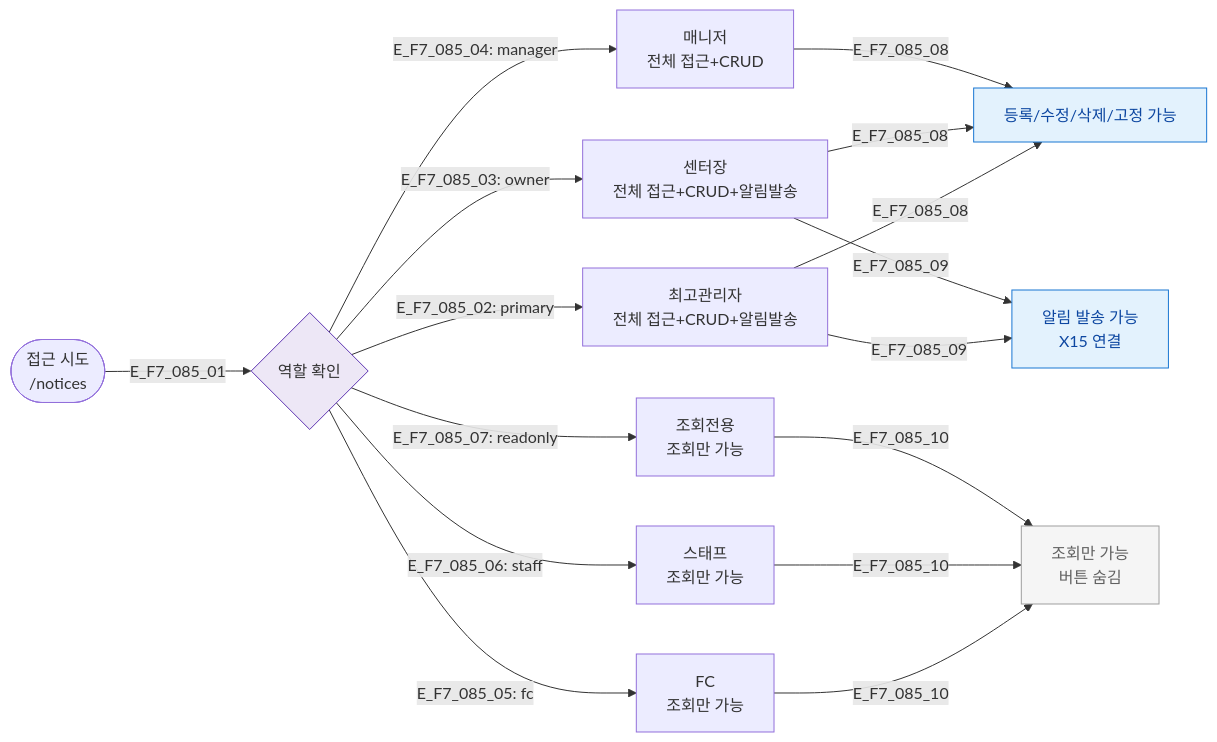
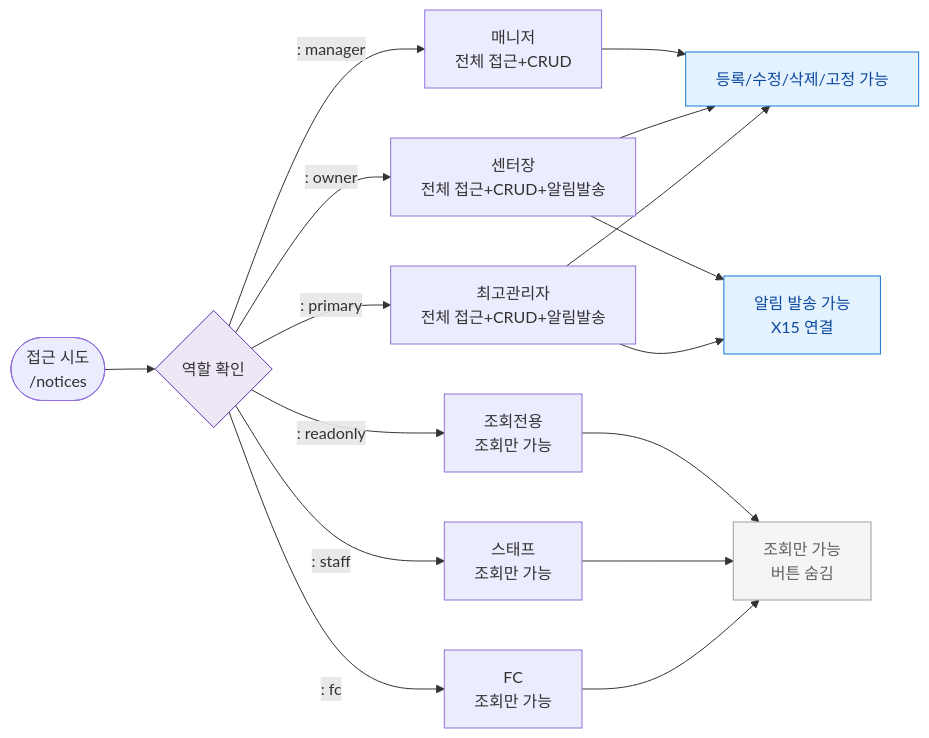
Before and after one commit to dev-spogym/admin-pando: the diagram in docs/다이어그램/D09_설정관리/SCR-085_공지사항관리/F7_권한RBAC.md, drawn with Mermaid. The commit also changed other lines of this file and 1660 other files, not shown here.

First line of the commit message:
다이어그램: 기획자/클라이언트 납품본으로 정리

````diff
--- a/docs/다이어그램/D09_설정관리/SCR-085_공지사항관리/F7_권한RBAC.md
+++ b/docs/다이어그램/D09_설정관리/SCR-085_공지사항관리/F7_권한RBAC.md
@@ -14,23 +12,23 @@
 ```mermaid
 flowchart LR
     User([접근 시도\n/notices])
-    User -->|E_F7_085_01| RoleCheck{역할 확인}
+    User --> RoleCheck{역할 확인}
 
-    RoleCheck -->|"E_F7_085_02: primary"| P[최고관리자\n전체 접근+CRUD+알림발송]
-    RoleCheck -->|"E_F7_085_03: owner"| O[센터장\n전체 접근+CRUD+알림발송]
-    RoleCheck -->|"E_F7_085_04: manager"| M[매니저\n전체 접근+CRUD]
-    RoleCheck -->|"E_F7_085_05: fc"| FC[FC\n조회만 가능]
-    RoleCheck -->|"E_F7_085_06: staff"| S[스태프\n조회만 가능]
-    RoleCheck -->|"E_F7_085_07: readonly"| RO[조회전용\n조회만 가능]
+    RoleCheck -->|": primary"|P[최고관리자\n전체 접근+CRUD+알림발송]
+    RoleCheck -->|": owner"|O[센터장\n전체 접근+CRUD+알림발송]
+    RoleCheck -->|": manager"|M[매니저\n전체 접근+CRUD]
+    RoleCheck -->|": fc"|FC[FC\n조회만 가능]
+    RoleCheck -->|": staff"|S[스태프\n조회만 가능]
+    RoleCheck -->|": readonly"|RO[조회전용\n조회만 가능]
 
-    P & O & M -->|E_F7_085_08| WriteActions[등록/수정/삭제/고정 가능]
-    P & O -->|E_F7_085_09| NotifAction[알림 발송 가능\nX15 연결]
-    FC & S & RO -->|E_F7_085_10| ReadActions[조회만 가능\n버튼 숨김]
+    P & O & M --> WriteActions[등록/수정/삭제/고정 가능]
+    P & O --> NotifAction[알림 발송 가능\nX15 연결]
+    FC & S & RO --> ReadActions[조회만 가능\n버튼 숨김]
 
     classDef screen fill:#E3F2FD,stroke:#1976D2,color:#0D47A1
     classDef rbacBlocked fill:#F5F5F5,stroke:#9E9E9E,color:#616161
     classDef system fill:#EDE7F6,stroke:#5E35B2
     class WriteActions,NotifAction screen
     class ReadActions rbacBlocked
     class RoleCheck system
 ```
````
